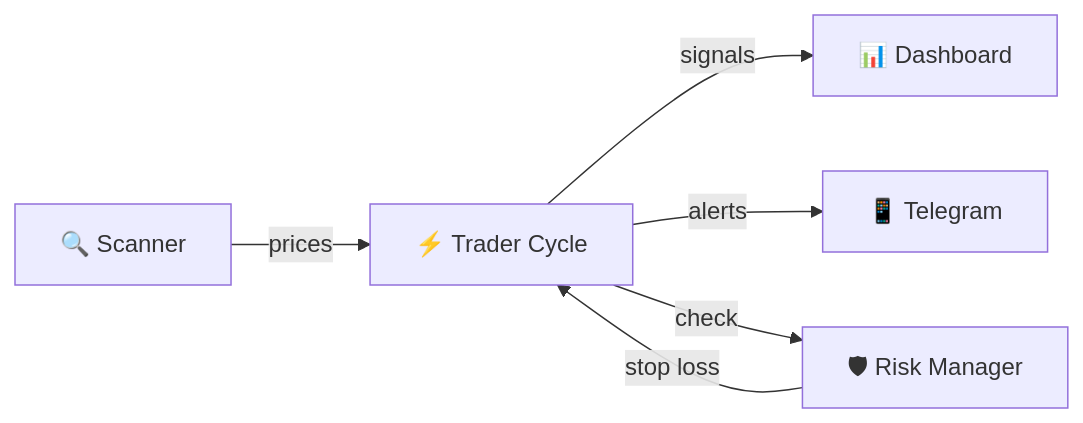
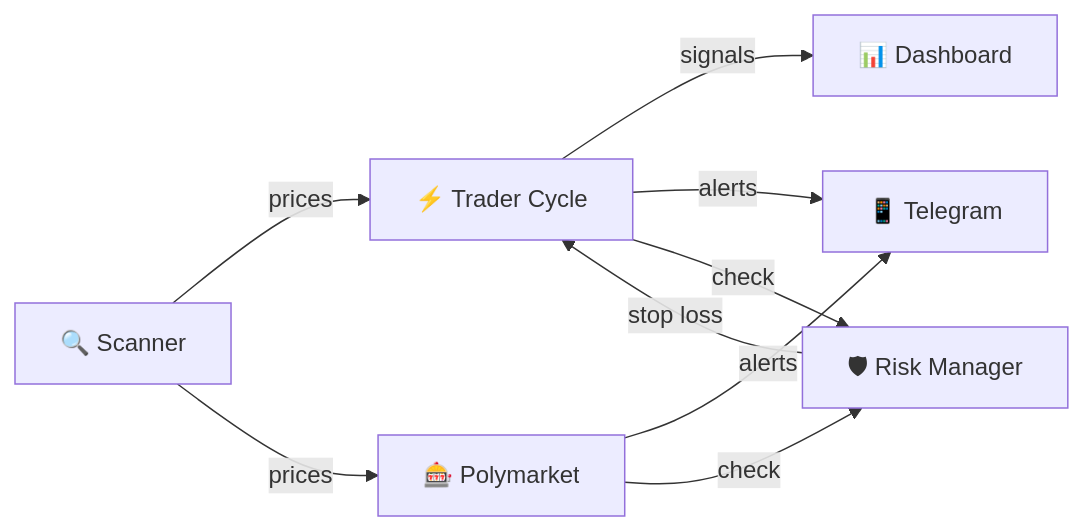
The second of 5 diagrams in README.md (Will-852/AXC-TradingBot), drawn with Mermaid before and after one commit. The commit also changed other lines of this file and 2 other files, not shown here.

First line of the commit message:
feat: architecture docs overhaul — auto-gen script, 7 SVG diagrams, README update

````diff
--- a/README.md
+++ b/README.md
@@ -71,8 +83,11 @@
 ```mermaid
 graph LR
     S[🔍 Scanner] -->|prices| TC[⚡ Trader Cycle]
+    S -->|prices| PM[🎰 Polymarket]
     TC -->|signals| D[📊 Dashboard]
     TC -->|alerts| TG[📱 Telegram]
     TC -->|check| R[🛡 Risk Manager]
     R -->|stop loss| TC
+    PM -->|alerts| TG
+    PM -->|check| R
 ```
````
